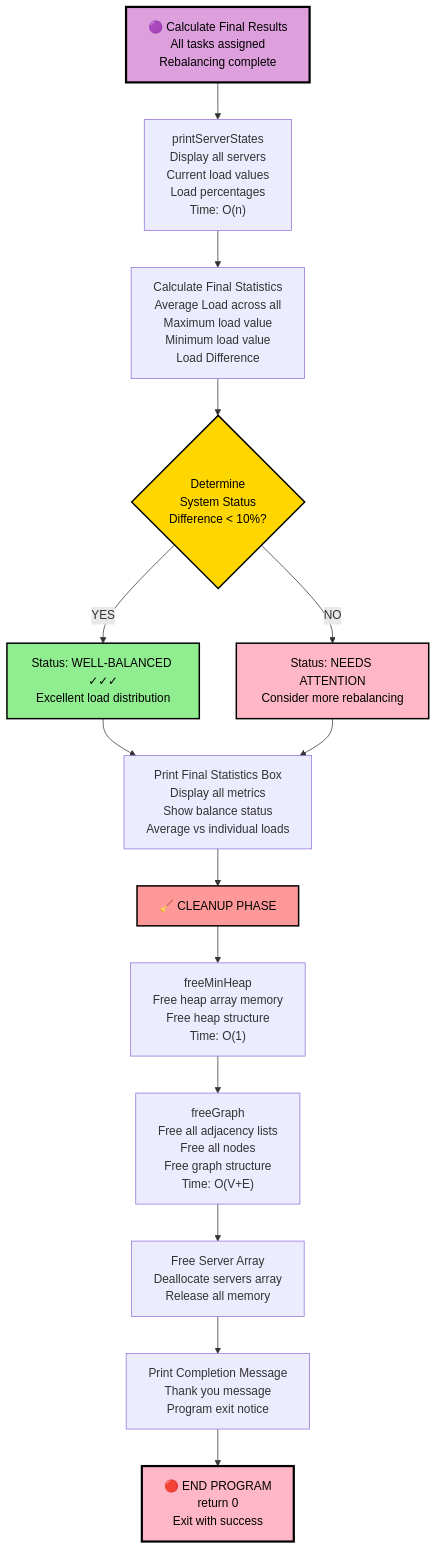
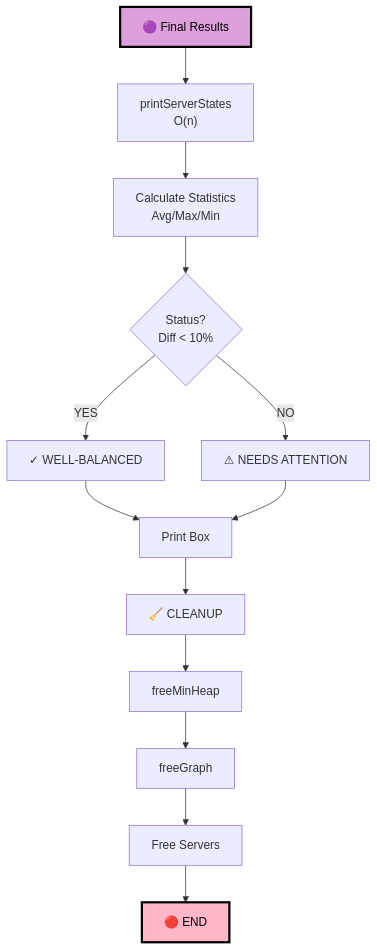
Before and after one commit to PranavOaR/DynamicLoadBalancing: the fourth of 4 diagrams in README.md, drawn with Mermaid. The commit also changed other lines of this file, not shown here.

````diff
--- a/README.md
+++ b/README.md
@@ -94,26 +166,20 @@
 ```mermaid
 flowchart TD
-    AE["🟣 Calculate Final Results<br/>All tasks assigned<br/>Rebalancing complete"] --> AF["printServerStates<br/>Display all servers<br/>Current load values<br/>Load percentages<br/>Time: O(n)"]
-    AF --> AG["Calculate Final Statistics<br/>Average Load across all<br/>Maximum load value<br/>Minimum load value<br/>Load Difference"]
-    AG --> AH{Determine<br/>System Status<br/>Difference < 10%?}
+    AE["🟣 Final Results"] --> AF["printServerStates<br/>O(n)"]
+    AF --> AG["Calculate Statistics<br/>Avg/Max/Min"]
+    AG --> AH{Status?<br/>Diff < 10%}
     
-    AH -->|YES| AI["Status: WELL-BALANCED ✓✓✓<br/>Excellent load distribution"]
-    AH -->|NO| AJ["Status: NEEDS ATTENTION<br/>Consider more rebalancing"]
+    AH -->|YES| AI["✓ WELL-BALANCED"]
+    AH -->|NO| AJ["⚠ NEEDS ATTENTION"]
     
-    AI --> AK["Print Final Statistics Box<br/>Display all metrics<br/>Show balance status<br/>Average vs individual loads"]
+    AI --> AK["Print Box"]
     AJ --> AK
-    
-    AK --> AL["🧹 CLEANUP PHASE"]
-    AL --> AM["freeMinHeap<br/>Free heap array memory<br/>Free heap structure<br/>Time: O(1)"]
-    AM --> AN["freeGraph<br/>Free all adjacency lists<br/>Free all nodes<br/>Free graph structure<br/>Time: O(V+E)"]
-    AN --> AO["Free Server Array<br/>Deallocate servers array<br/>Release all memory"]
-    AO --> AP["Print Completion Message<br/>Thank you message<br/>Program exit notice"]
-    AP --> AQ["🔴 END PROGRAM<br/>return 0<br/>Exit with success"]
+    AK --> AL["🧹 CLEANUP"]
+    AL --> AM["freeMinHeap"]
+    AM --> AN["freeGraph"]
+    AN --> AO["Free Servers"]
+    AO --> AP["🔴 END"]
     
     style AE fill:#DDA0DD,stroke:#000,stroke-width:3px,color:#000
-    style AH fill:#FFD700,stroke:#000,stroke-width:2px,color:#000
-    style AI fill:#90EE90,stroke:#000,stroke-width:2px,color:#000
-    style AJ fill:#FFB6C6,stroke:#000,stroke-width:2px,color:#000
-    style AL fill:#FF9999,stroke:#000,stroke-width:2px,color:#000
-    style AQ fill:#FFB6C6,stroke:#000,stroke-width:3px,color:#000
+    style AP fill:#FFB6C6,stroke:#000,stroke-width:3px,color:#000
 ```
````
